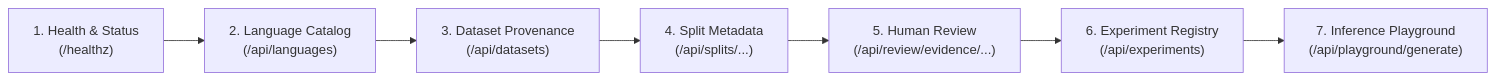
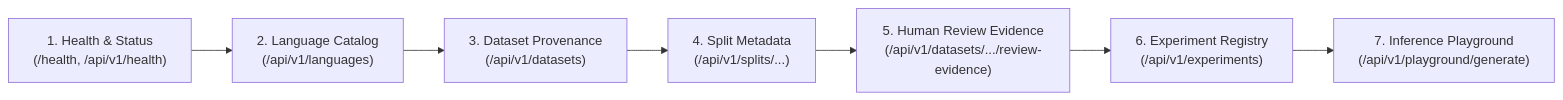
One commit to YiMConsulting/YiM-N-ATLAS-Language-Foundry changed the diagram in docs-main/08-beta-testing-guide.md. Above: the diagram before and after it, drawn with Mermaid. The commit also changed other lines of this file and 3 other files, not shown here.

````diff
--- a/docs-main/08-beta-testing-guide.md
+++ b/docs-main/08-beta-testing-guide.md
@@ -25,9 +27,9 @@
 ```mermaid
 flowchart LR
-    A["1. Health & Status\n(/healthz)"] --> B["2. Language Catalog\n(/api/languages)"]
-    B --> C["3. Dataset Provenance\n(/api/datasets)"]
-    C --> D["4. Split Metadata\n(/api/splits/...)"]
-    D --> E["5. Human Review\n(/api/review/evidence/...)"]
-    E --> F["6. Experiment Registry\n(/api/experiments)"]
-    F --> G["7. Inference Playground\n(/api/playground/generate)"]
+    A["1. Health & Status\n(/health, /api/v1/health)"] --> B["2. Language Catalog\n(/api/v1/languages)"]
+    B --> C["3. Dataset Provenance\n(/api/v1/datasets)"]
+    C --> D["4. Split Metadata\n(/api/v1/splits/...)"]
+    D --> E["5. Human Review Evidence\n(/api/v1/datasets/.../review-evidence)"]
+    E --> F["6. Experiment Registry\n(/api/v1/experiments)"]
+    F --> G["7. Inference Playground\n(/api/v1/playground/generate)"]
 ```
````
